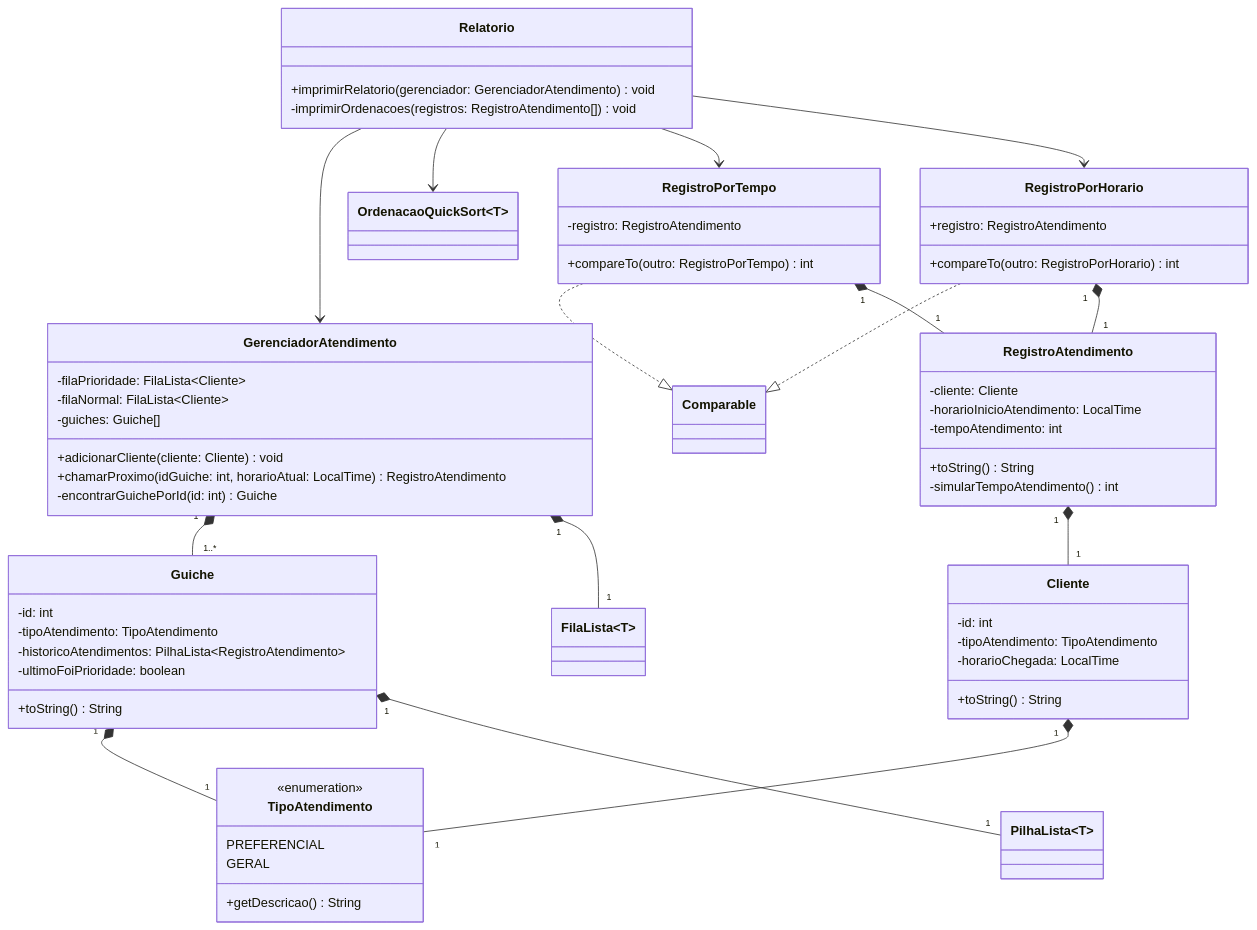
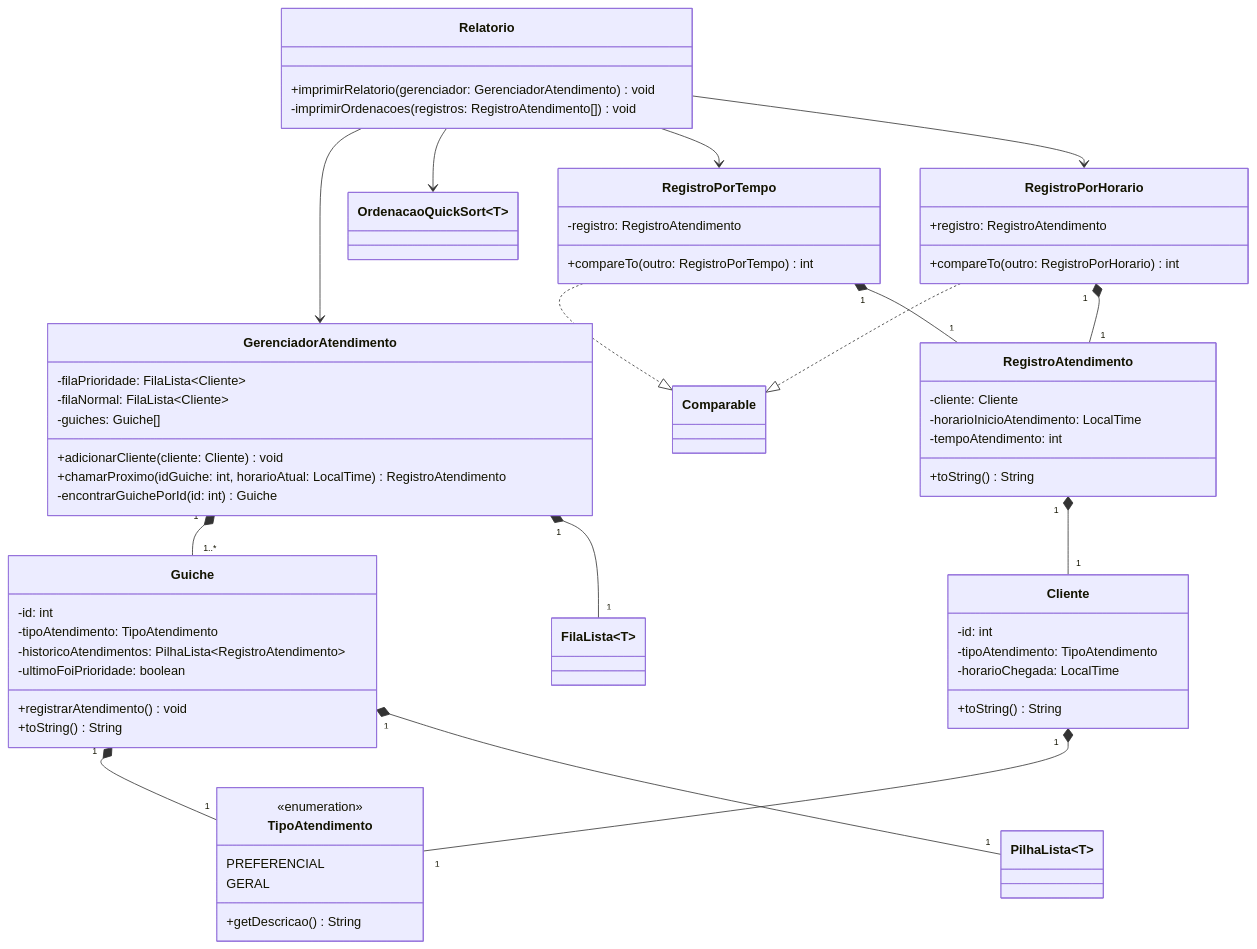
Before and after one commit to giuliovalcanaia/bank-queue-manager: the first of 2 diagrams in README.md, drawn with Mermaid.

Commit message:
Atualização diagrama de classes

```diff
--- a/README.md
+++ b/README.md
@@ -25,7 +25,6 @@
         -horarioInicioAtendimento: LocalTime
         -tempoAtendimento: int
         +toString() String
-        -simularTempoAtendimento() int
     }
 
     class Guiche {
@@ -33,6 +32,7 @@
         -tipoAtendimento: TipoAtendimento
         -historicoAtendimentos: PilhaLista~RegistroAtendimento~
         -ultimoFoiPrioridade: boolean
+        +registrarAtendimento() void
         +toString() String
     }
 
```
